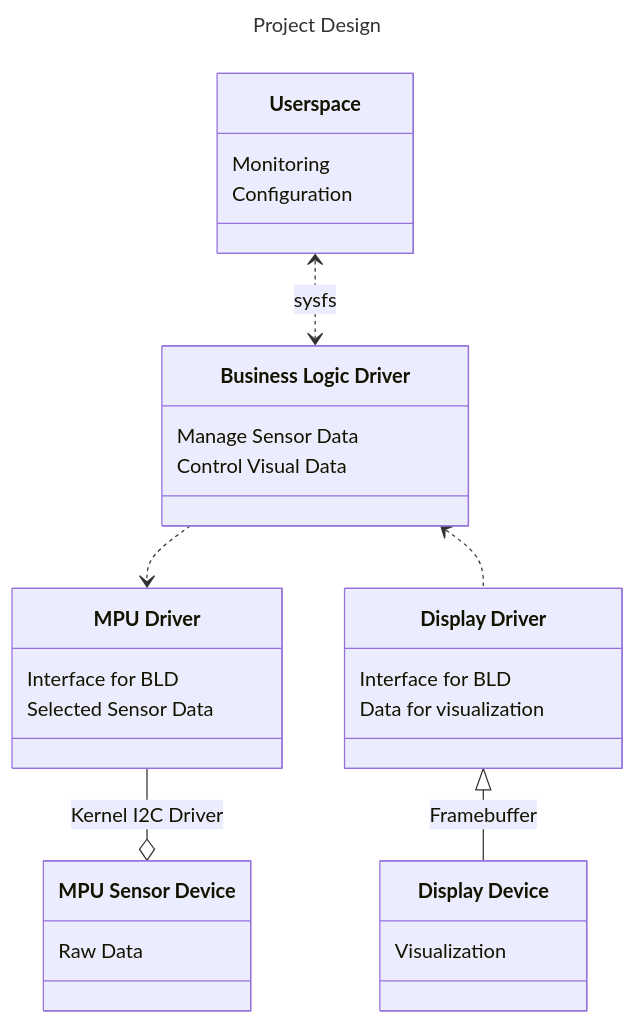
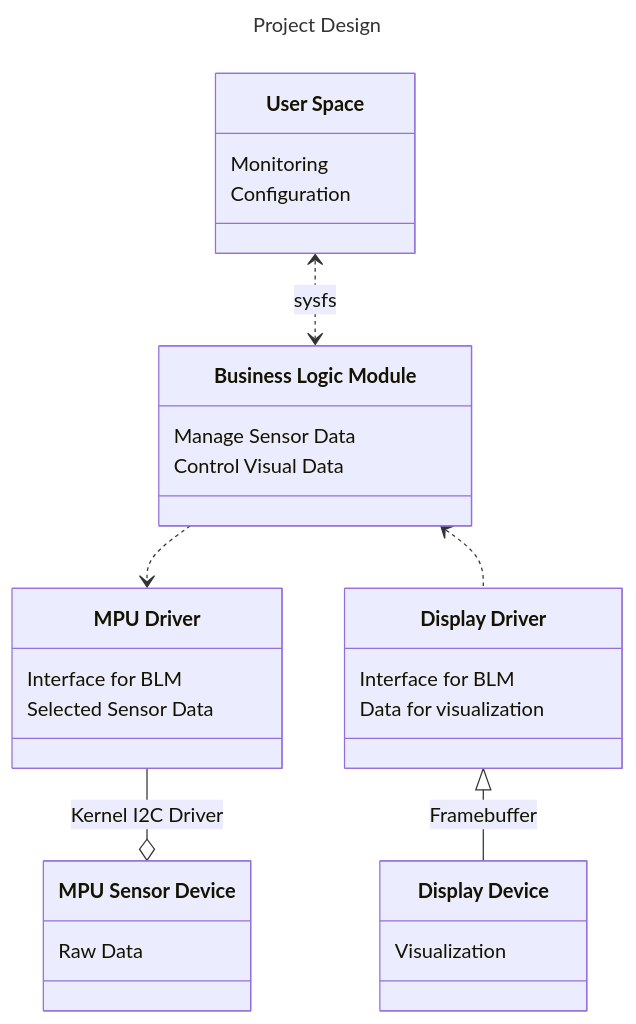
Before and after one commit to deesync/gl_kernel_Basecamp_Project: the first of 2 diagrams in README.md, drawn with Mermaid. The commit also changed other lines of this file, not shown here.

````diff
--- a/README.md
+++ b/README.md
@@ -3,43 +3,43 @@
 ```mermaid
 ---
 title: Project Design
 ---
 classDiagram
-    
-    class Userspace {
+   
+    class `User Space` {
         Monitoring
         Configuration
     }
 
-    class `Business Logic Driver` {
+    class `Business Logic Module` {
         Manage Sensor Data
         Control Visual Data
     }
+    %%link `User Space` "https://www.github.com/deesync"
 
     class `Display Driver` {
-        Interface for BLD
+        Interface for BLM
         Data for visualization
     }
 
     class `MPU Driver` {
-        Interface for BLD
+        Interface for BLM
         Selected Sensor Data
     }
 
     class `Display Device` {
         Visualization
     }
 
     class `MPU Sensor Device` {
         Raw Data
     }
 
-    Userspace <..> `Business Logic Driver` : sysfs
-    %%Userspace <.. `Business Logic Driver` : io_ctl
+    `User Space` <..> `Business Logic Module` : sysfs
 
-    `Business Logic Driver` ..> `MPU Driver`
-    `Business Logic Driver` <.. `Display Driver`
+    `Business Logic Module` ..> `MPU Driver`
+    `Business Logic Module` <.. `Display Driver`
 
     `MPU Driver` --o `MPU Sensor Device` : Kernel I2C Driver
     `Display Driver` <|-- `Display Device` : Framebuffer
 ```
````
